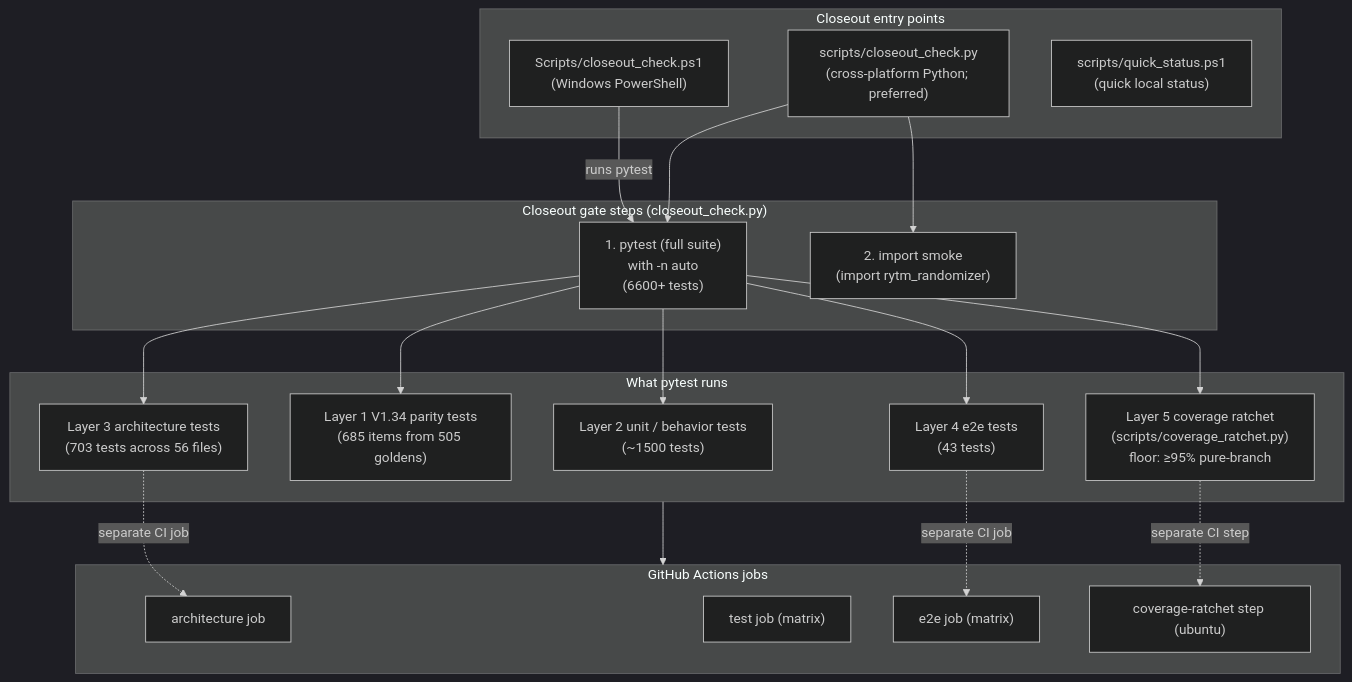
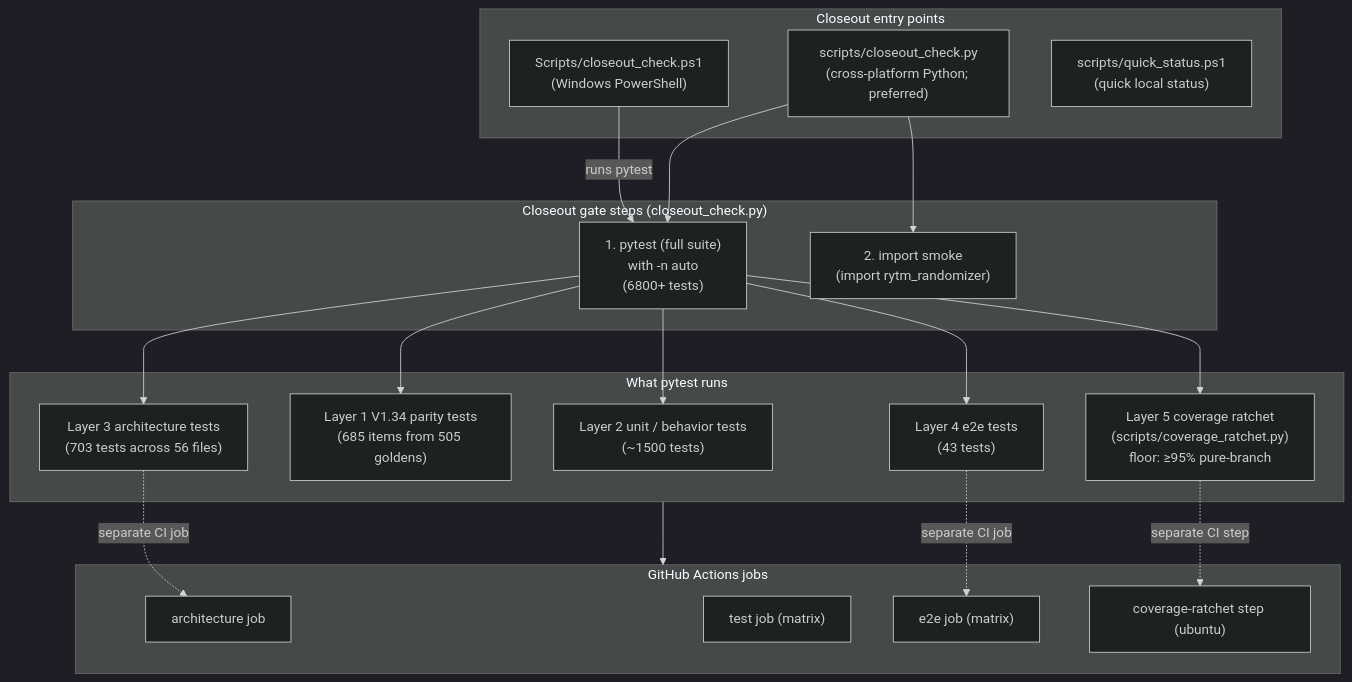
Before and after one commit to buzzijose-hub/RytmRandomizer: diagram 24 of 34 in docs/ARCHITECTURE_DIAGRAMS.md, drawn with Mermaid (dark theme). The commit also changed other lines of this file and 28 other files, not shown here.

````diff
--- a/docs/ARCHITECTURE_DIAGRAMS.md
+++ b/docs/ARCHITECTURE_DIAGRAMS.md
@@ -1743,43 +1744,43 @@
 ```mermaid
 flowchart TB
     subgraph Entry["Closeout entry points"]
         CloseoutPS1["Scripts/closeout_check.ps1<br/>(Windows PowerShell)"]
         CloseoutPy["scripts/closeout_check.py<br/>(cross-platform Python; preferred)"]
         QuickStatus["scripts/quick_status.ps1<br/>(quick local status)"]
     end
 
     subgraph GateSteps["Closeout gate steps (closeout_check.py)"]
-        Step1["1. pytest (full suite)<br/>with -n auto<br/>(6600+ tests)"]
+        Step1["1. pytest (full suite)<br/>with -n auto<br/>(6800+ tests)"]
         Step2["2. import smoke<br/>(import rytm_randomizer)"]
     end
 
     subgraph PytestLayers["What pytest runs"]
         PassiveTests["Layer 2 unit / behavior tests<br/>(~1500 tests)"]
         ParityTests["Layer 1 V1.34 parity tests<br/>(685 items from 505 goldens)"]
         ArchTests["Layer 3 architecture tests<br/>(703 tests across 56 files)"]
         E2ETests["Layer 4 e2e tests<br/>(43 tests)"]
         CovStep["Layer 5 coverage ratchet<br/>(scripts/coverage_ratchet.py)<br/>floor: ≥95% pure-branch"]
     end
 
     subgraph CIJobs["GitHub Actions jobs"]
         CIArch["architecture job"]
         CITest["test job (matrix)"]
         CIE2E["e2e job (matrix)"]
         CIRatchet["coverage-ratchet step (ubuntu)"]
     end
 
     CloseoutPS1 -->|"runs pytest"| Step1
     CloseoutPy --> Step1
     CloseoutPy --> Step2
 
     Step1 --> PassiveTests
     Step1 --> ParityTests
     Step1 --> ArchTests
     Step1 --> E2ETests
     Step1 --> CovStep
 
     PytestLayers --> CIJobs
     ArchTests -.->|"separate CI job"| CIArch
     E2ETests -.->|"separate CI job"| CIE2E
     CovStep -.->|"separate CI step"| CIRatchet
 ```
````
